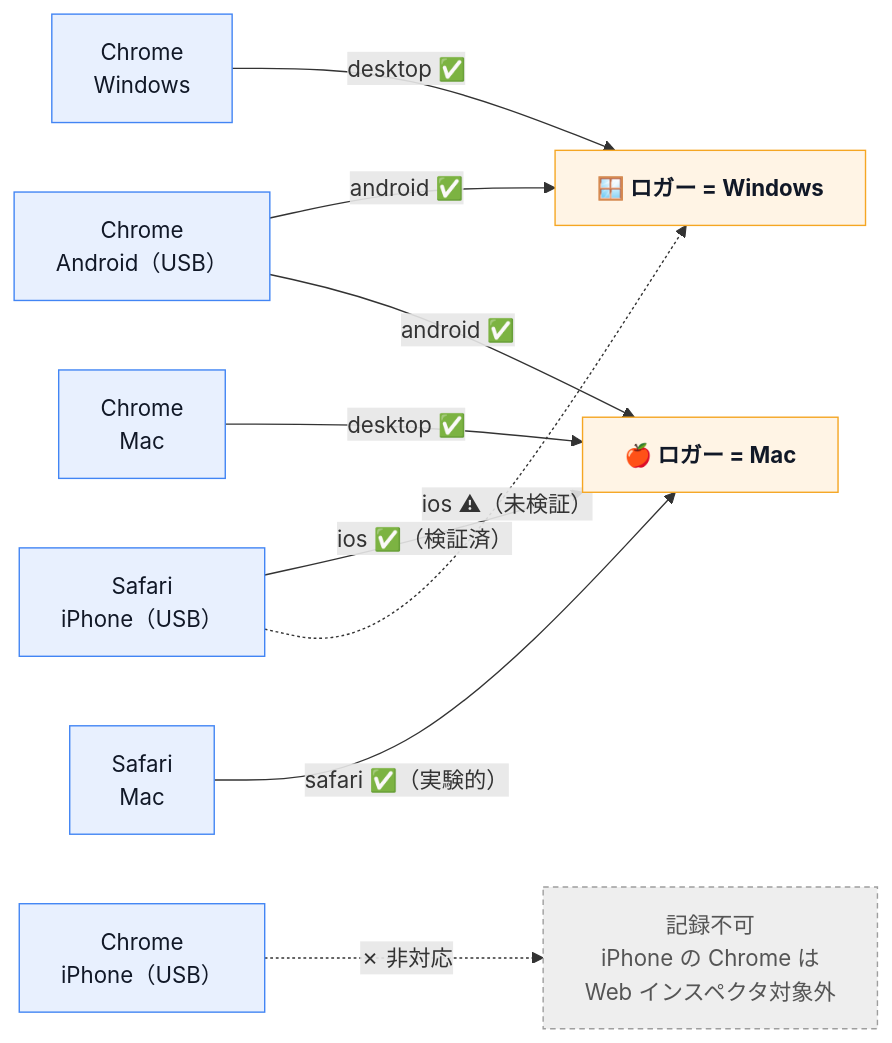
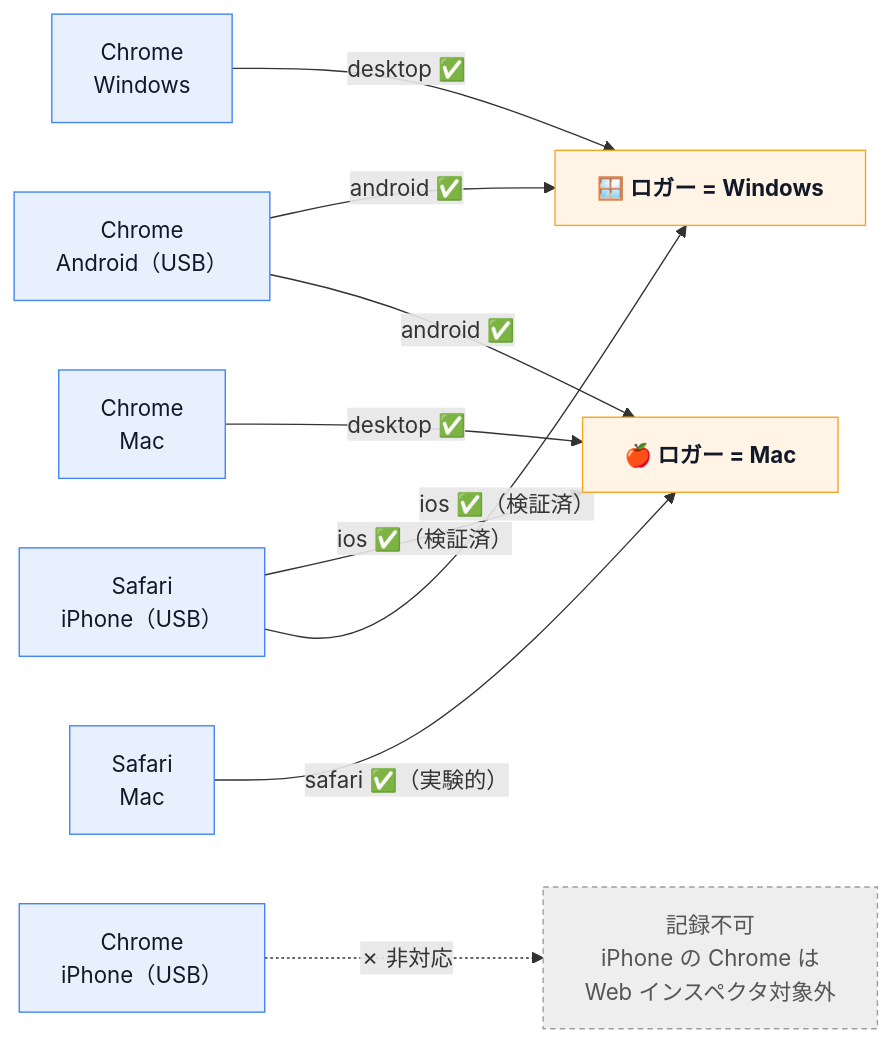
The diagram in README.md (junf/green_light), drawn with Mermaid before and after one commit. The commit also changed other lines of this file and 1 other file, not shown here.

````diff
--- a/README.md
+++ b/README.md
@@ -91,27 +94,27 @@
 ```mermaid
 flowchart LR
   %% 左＝対象ブラウザ／右＝ロガー実行環境。エッジのラベル＝使う source。
   %% エッジが無い（または点線）組み合わせ＝未検証か非対応。
   classDef browser fill:#e8f0fe,stroke:#4285f4,color:#111827;
   classDef host fill:#fff4e5,stroke:#f5a623,color:#111827,font-weight:bold;
   classDef na fill:#eeeeee,stroke:#9e9e9e,color:#555,stroke-dasharray:4 3;
 
   CW["Chrome<br/>Windows"]:::browser
   CM["Chrome<br/>Mac"]:::browser
   CA["Chrome<br/>Android（USB）"]:::browser
   CI["Chrome<br/>iPhone（USB）"]:::browser
   SM["Safari<br/>Mac"]:::browser
   SI["Safari<br/>iPhone（USB）"]:::browser
 
   HW["🪟 ロガー = Windows"]:::host
   HM["🍎 ロガー = Mac"]:::host
 
   CW -->|"desktop ✅"| HW
   CM -->|"desktop ✅"| HM
   CA -->|"android ✅"| HW
   CA -->|"android ✅"| HM
   SM -->|"safari ✅（実験的）"| HM
   SI -->|"ios ✅（検証済）"| HM
-  SI -.->|"ios ⚠（未検証）"| HW
+  SI -->|"ios ✅（検証済）"| HW
   CI -.->|"✗ 非対応"| NA["記録不可<br/>iPhone の Chrome は<br/>Web インスペクタ対象外"]:::na
 ```
````
